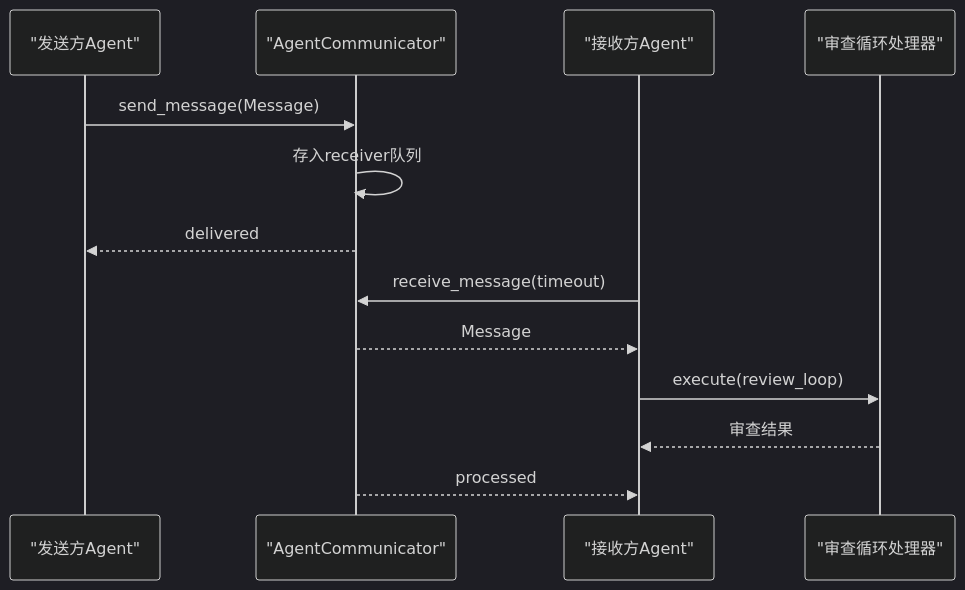
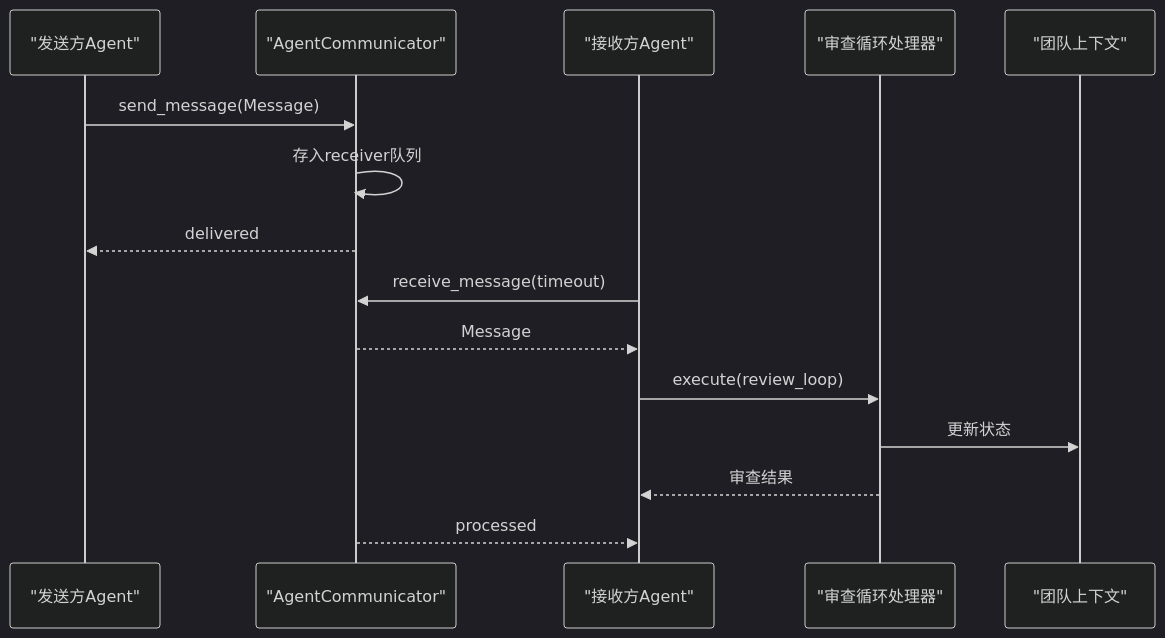
One commit to xfbyxq/ai-novel-system changed diagram 11 of 12 in .qoder/repowiki/zh/content/AI智能体系统/AI智能体系统.md. Above: the diagram before and after it, drawn with Mermaid (dark theme). The commit also changed other lines of this file and 84 other files, not shown here.

````diff
--- a/.qoder/repowiki/zh/content/AI智能体系统/AI智能体系统.md
+++ b/.qoder/repowiki/zh/content/AI智能体系统/AI智能体系统.md
@@ -531,15 +759,17 @@
 ```mermaid
 sequenceDiagram
 participant Sender as "发送方Agent"
 participant Comm as "AgentCommunicator"
 participant Receiver as "接收方Agent"
 participant Review as "审查循环处理器"
+participant Context as "团队上下文"
 Sender->>Comm : send_message(Message)
 Comm->>Comm : 存入receiver队列
 Comm-->>Sender : delivered
 Receiver->>Comm : receive_message(timeout)
 Comm-->>Receiver : Message
 Receiver->>Review : execute(review_loop)
+Review->>Context : 更新状态
 Review-->>Receiver : 审查结果
 Comm-->>Receiver : processed
 ```
````
